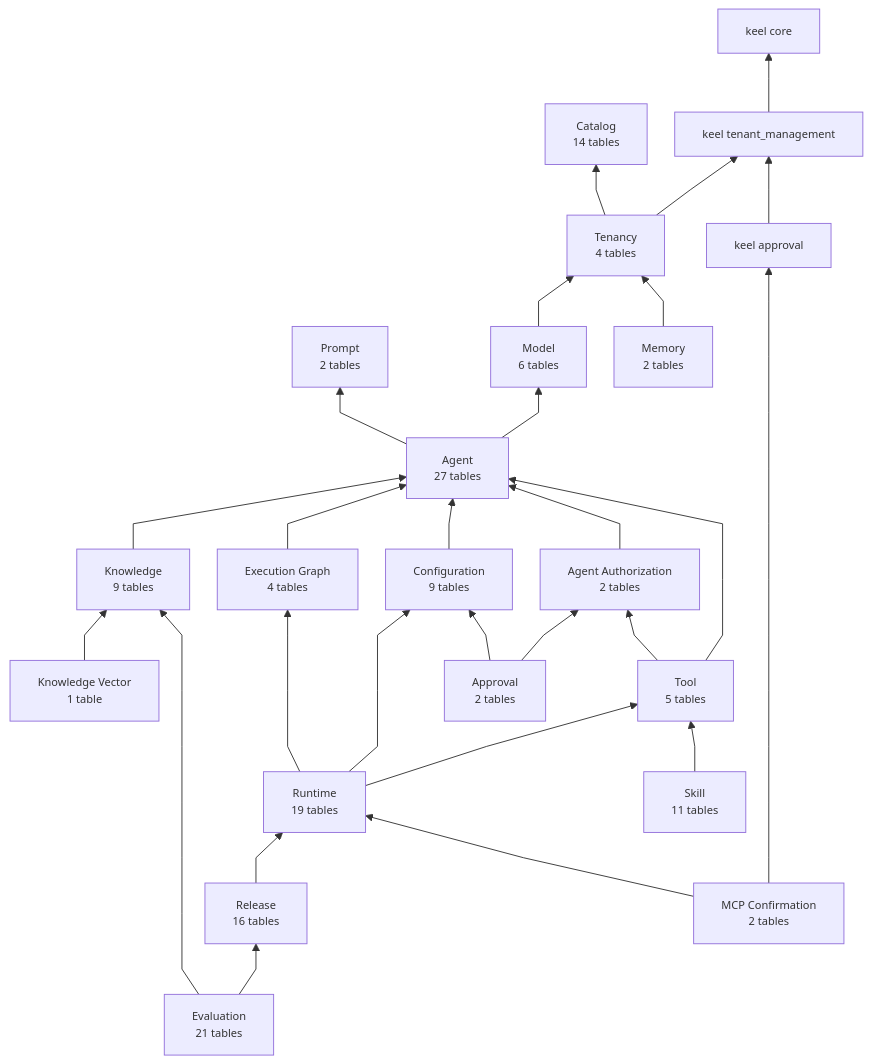
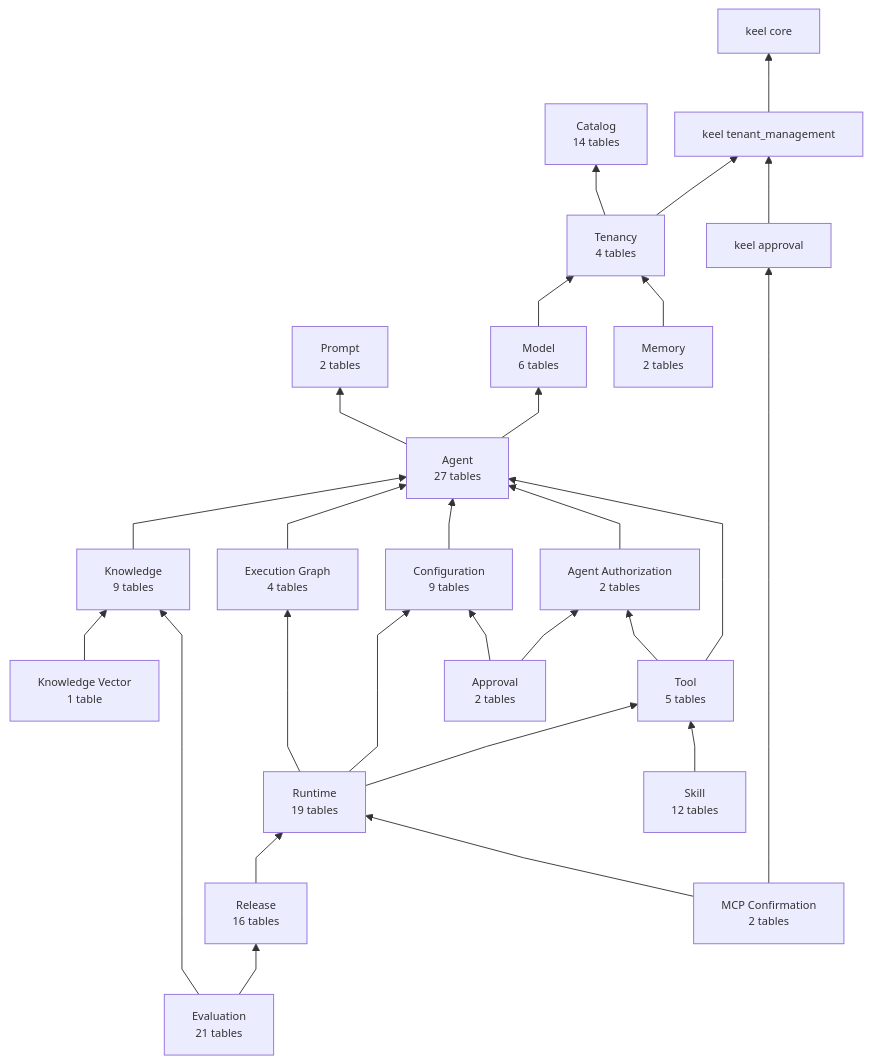
The first of 24 diagrams in doc/database.md (nauticana/scout), drawn with Mermaid before and after one commit. The commit also changed other lines of this file and 16 other files, not shown here.

````diff
--- a/doc/database.md
+++ b/doc/database.md
@@ -21,57 +21,57 @@
 ```mermaid
 %%{init: {"flowchart": {"curve": "linear", "nodeSpacing": 30, "rankSpacing": 55, "diagramPadding": 12}, "themeVariables": {"fontSize": "12px"}}}%%
 flowchart BT
 
     agent --> prompt
     tenancy --> catalog
     tenant_management --> core
 
     tenancy --> tenant_management
     keel_approval --> tenant_management
 
     model --> tenancy
     memory --> tenancy
 
     agent --> model
     knowledge --> agent
     execution_graph_module --> agent
     configuration_module --> agent
     agent_authorization_module --> agent
     approval --> agent_authorization_module
     tool --> agent_authorization_module
     tool --> agent
 
     runtime --> tool
     runtime --> configuration_module
     runtime --> execution_graph_module
     knowledge_vector --> knowledge
     approval --> configuration_module
     skill --> tool
     release --> runtime
     mcp_confirmation --> runtime
     mcp_confirmation --> keel_approval
     evaluation --> knowledge
     evaluation --> release
 
     core["keel core"]
     tenant_management["keel tenant_management"]
     keel_approval["keel approval"]
     catalog["Catalog<br/>14 tables"]
     tenancy["Tenancy<br/>4 tables"]
     prompt["Prompt<br/>2 tables"]
     model["Model<br/>6 tables"]
     agent["Agent<br/>27 tables"]
     tool["Tool<br/>5 tables"]
     execution_graph_module["Execution Graph<br/>4 tables"]
     knowledge["Knowledge<br/>9 tables"]
     knowledge_vector["Knowledge Vector<br/>1 table"]
     runtime["Runtime<br/>19 tables"]
     release["Release<br/>16 tables"]
     evaluation["Evaluation<br/>21 tables"]
     agent_authorization_module["Agent Authorization<br/>2 tables"]
     configuration_module["Configuration<br/>9 tables"]
     approval["Approval<br/>2 tables"]
-    skill["Skill<br/>11 tables"]
+    skill["Skill<br/>12 tables"]
     memory["Memory<br/>2 tables"]
     mcp_confirmation["MCP Confirmation<br/>2 tables"]
 ```
````
